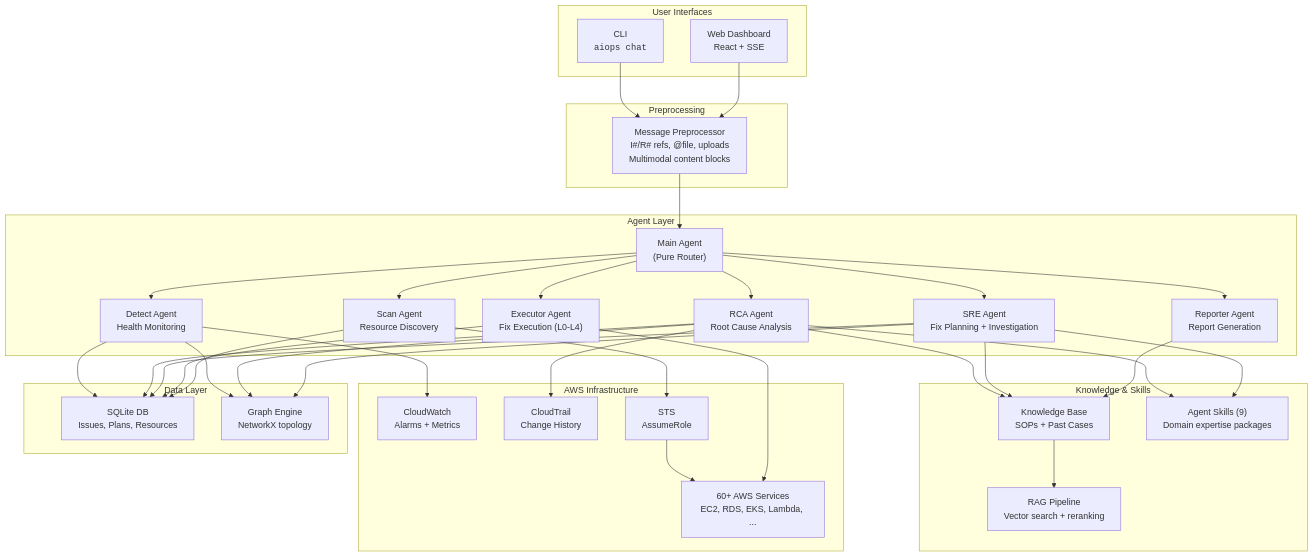
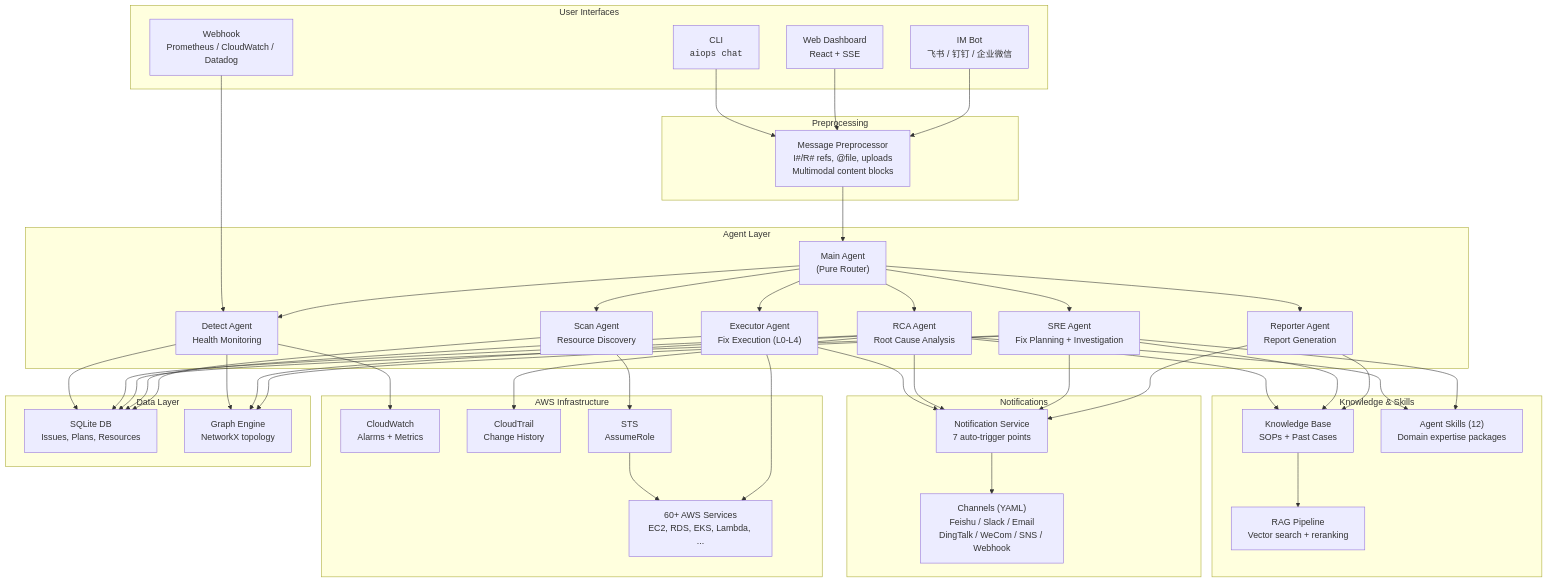
One commit to LiboMa/agenticops-chat changed the first of 8 diagrams in docs/WORKFLOW.md. Above: the diagram before and after it, drawn with Mermaid. The commit also changed other lines of this file and 63 other files, not shown here.

````diff
--- a/docs/WORKFLOW.md
+++ b/docs/WORKFLOW.md
@@ -36,6 +36,8 @@
     subgraph "User Interfaces"
         CLI["CLI<br/><code>aiops chat</code>"]
         WEB["Web Dashboard<br/>React + SSE"]
+        IM["IM Bot<br/>飞书 / 钉钉 / 企业微信"]
+        HOOK["Webhook<br/>Prometheus / CloudWatch / Datadog"]
     end
 
     subgraph "Preprocessing"
@@ -54,8 +56,13 @@
 
     subgraph "Knowledge & Skills"
         KB["Knowledge Base<br/>SOPs + Past Cases"]
-        SKILLS["Agent Skills (9)<br/>Domain expertise packages"]
+        SKILLS["Agent Skills (12)<br/>Domain expertise packages"]
         RAG["RAG Pipeline<br/>Vector search + reranking"]
+    end
+
+    subgraph "Notifications"
+        NOTIFY["Notification Service<br/>7 auto-trigger points"]
+        CHANNELS["Channels (YAML)<br/>Feishu / Slack / Email<br/>DingTalk / WeCom / SNS / Webhook"]
     end
 
     subgraph "AWS Infrastructure"
@@ -72,6 +79,8 @@
 
     CLI --> PP
     WEB --> PP
+    IM --> PP
+    HOOK --> DETECT
     PP --> MAIN
     MAIN --> SCAN
     MAIN --> DETECT
@@ -101,4 +110,10 @@
     SRE --> GRAPH
 
     KB --> RAG
+
+    EXEC --> NOTIFY
+    RCA --> NOTIFY
+    SRE --> NOTIFY
+    RPT --> NOTIFY
+    NOTIFY --> CHANNELS
 ```
````
